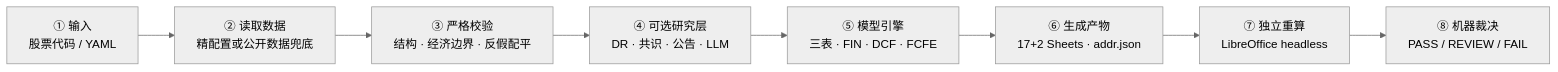
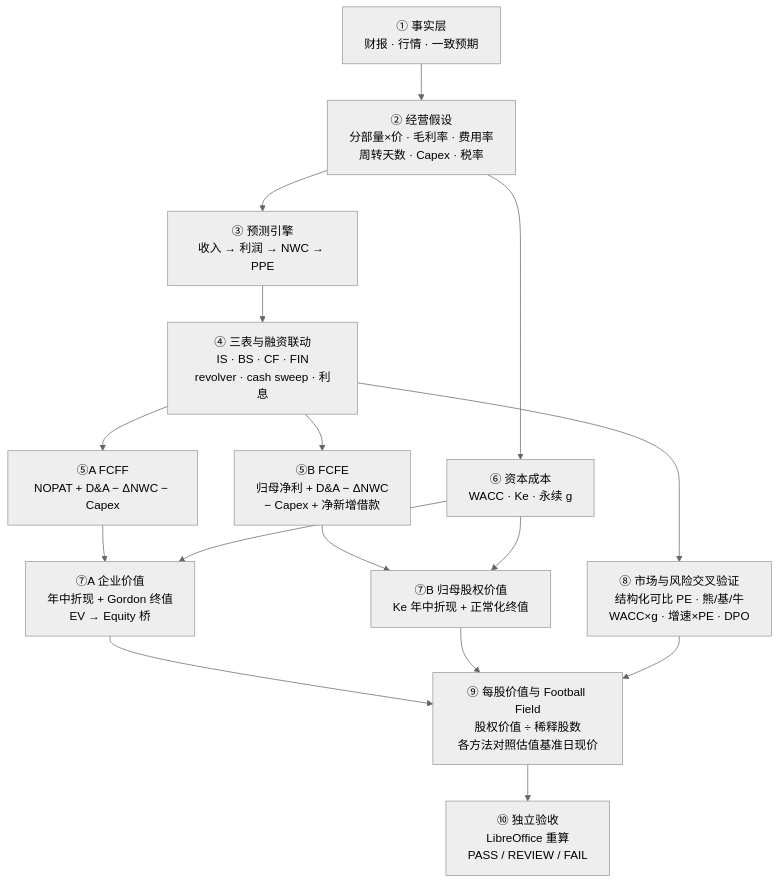
Before and after one commit to cloveric/astock-dcf-model: the first of 2 diagrams in README.md, drawn with Mermaid (neutral theme). The commit also changed other lines of this file, not shown here.

Commit message:
docs: explain valuation modeling flow

````diff
--- a/README.md
+++ b/README.md
@@ -50,10 +52,21 @@
 ```mermaid
-flowchart LR
-    A["① 输入<br/>股票代码 / YAML"] --> B["② 读取数据<br/>精配置或公开数据兜底"]
-    B --> C["③ 严格校验<br/>结构 · 经济边界 · 反假配平"]
-    C --> D["④ 可选研究层<br/>DR · 共识 · 公告 · LLM"]
-    D --> E["⑤ 模型引擎<br/>三表 · FIN · DCF · FCFE"]
-    E --> F["⑥ 生成产物<br/>17+2 Sheets · addr.json"]
-    F --> G["⑦ 独立重算<br/>LibreOffice headless"]
-    G --> H["⑧ 机器裁决<br/>PASS / REVIEW / FAIL"]
+flowchart TB
+    A["① 事实层<br/>财报 · 行情 · 一致预期"] --> B["② 经营假设<br/>分部量×价 · 毛利率 · 费用率<br/>周转天数 · Capex · 税率"]
+    B --> C["③ 预测引擎<br/>收入 → 利润 → NWC → PPE"]
+    C --> D["④ 三表与融资联动<br/>IS · BS · CF · FIN<br/>revolver · cash sweep · 利息"]
+
+    D --> E["⑤A FCFF<br/>NOPAT + D&A − ΔNWC − Capex"]
+    D --> F["⑤B FCFE<br/>归母净利 + D&A − ΔNWC<br/>− Capex + 净新增借款"]
+    B --> G["⑥ 资本成本<br/>WACC · Ke · 永续 g"]
+
+    E --> H["⑦A 企业价值<br/>年中折现 + Gordon 终值<br/>EV → Equity 桥"]
+    G --> H
+    F --> I["⑦B 归母股权价值<br/>Ke 年中折现 + 正常化终值"]
+    G --> I
+
+    D --> J["⑧ 市场与风险交叉验证<br/>结构化可比 PE · 熊/基/牛<br/>WACC×g · 增速×PE · DPO"]
+    H --> K["⑨ 每股价值与 Football Field<br/>股权价值 ÷ 稀释股数<br/>各方法对照估值基准日现价"]
+    I --> K
+    J --> K
+    K --> L["⑩ 独立验收<br/>LibreOffice 重算<br/>PASS / REVIEW / FAIL"]
 ```
````
